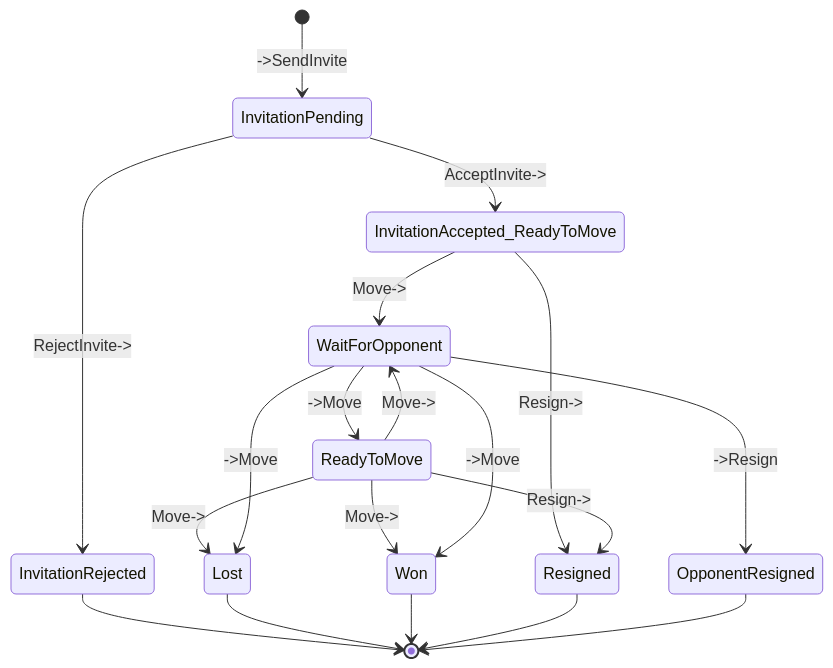
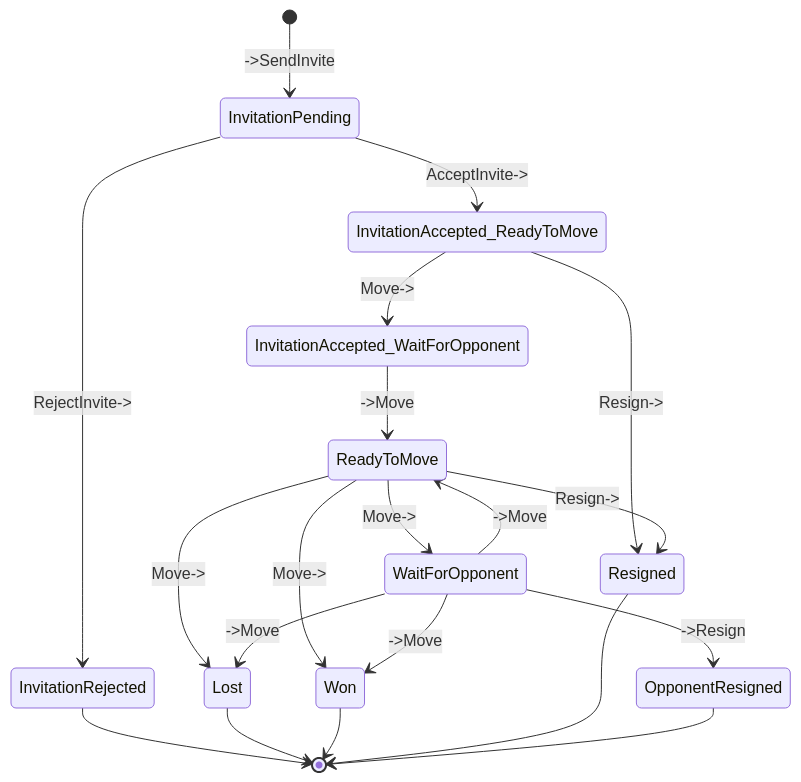
One commit to jenspfahl/hylex changed the second of 5 diagrams in README.md. Above: the diagram before and after it, drawn with Mermaid. The commit also changed 6 other files, not shown here.

Commit message:
inline mairmaid diagrams

````diff
--- a/README.md
+++ b/README.md
@@ -56,22 +56,23 @@
 ```mermaid
     stateDiagram-v2
     
         [*] --> InvitationPending: ->SendInvite
         InvitationPending --> InvitationAccepted_ReadyToMove: AcceptInvite->
         InvitationPending --> InvitationRejected: RejectInvite->
         InvitationRejected --> [*]
-        InvitationAccepted_ReadyToMove --> WaitForOpponent: Move->
+        InvitationAccepted_ReadyToMove --> InvitationAccepted_WaitForOpponent: Move->
         InvitationAccepted_ReadyToMove --> Resigned: Resign->
         ReadyToMove --> WaitForOpponent: Move->
+        InvitationAccepted_WaitForOpponent --> ReadyToMove: ->Move
         WaitForOpponent --> ReadyToMove: ->Move
         ReadyToMove --> Lost: Move->
         ReadyToMove --> Won: Move->
         ReadyToMove --> Resigned: Resign->
         WaitForOpponent --> Lost: ->Move
         WaitForOpponent --> Won: ->Move
         WaitForOpponent --> OpponentResigned: ->Resign    
         Lost --> [*]
         Won --> [*]
         Resigned --> [*]
         OpponentResigned --> [*]
 ```
````
